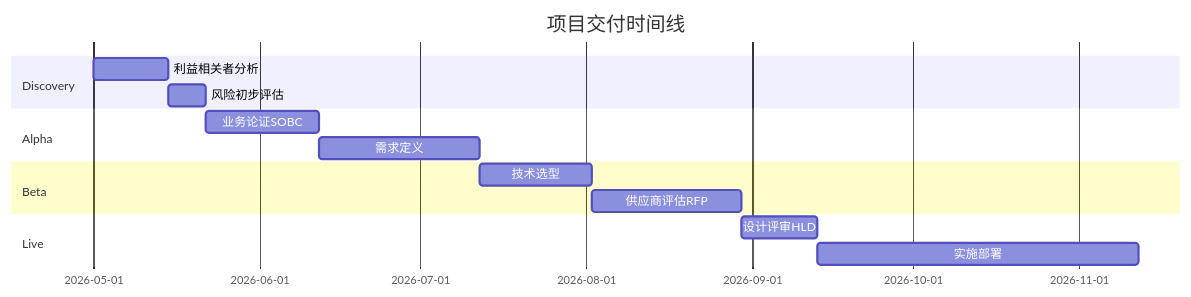
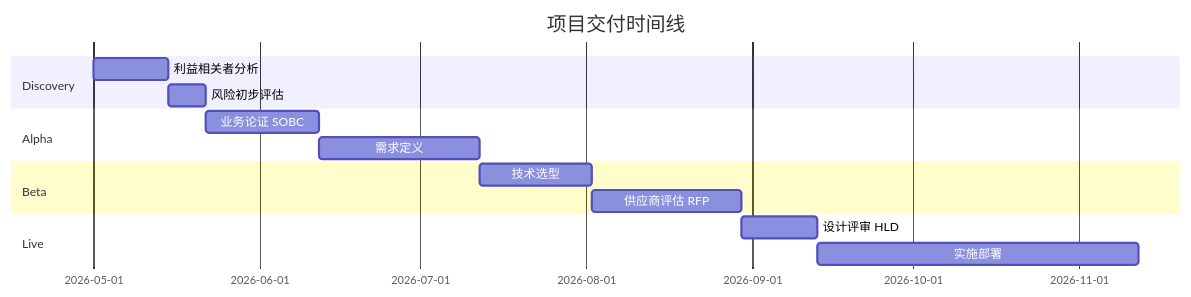
One commit to A1pha3/text-matrix changed the third of 6 diagrams in content/posts/tech/arc-kit-enterprise-architecture-governance.md. Above: the diagram before and after it, drawn with Mermaid. The commit also changed other lines of this file and 221 other files, not shown here.

````diff
--- a/content/posts/tech/arc-kit-enterprise-architecture-governance.md
+++ b/content/posts/tech/arc-kit-enterprise-architecture-governance.md
@@ -211,17 +211,17 @@
 ```mermaid
 gantt
     title 项目交付时间线
     dateFormat YYYY-MM-DD
     section Discovery
     利益相关者分析       :a1, 2026-05-01, 14d
     风险初步评估         :a2, after a1, 7d
     section Alpha
-    业务论证SOBC         :b1, after a2, 21d
+    业务论证 SOBC         :b1, after a2, 21d
     需求定义             :b2, after b1, 30d
     section Beta
     技术选型             :c1, after b2, 21d
-    供应商评估RFP        :c2, after c1, 28d
+    供应商评估 RFP        :c2, after c1, 28d
     section Live
-    设计评审HLD          :d1, after c2, 14d
+    设计评审 HLD          :d1, after c2, 14d
     实施部署             :d2, after d1, 60d
 ```
````
